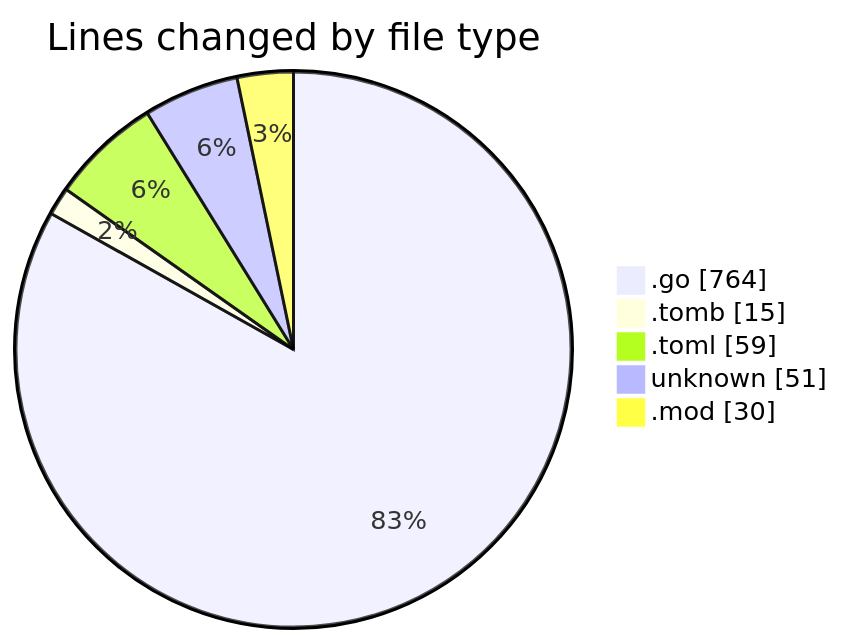
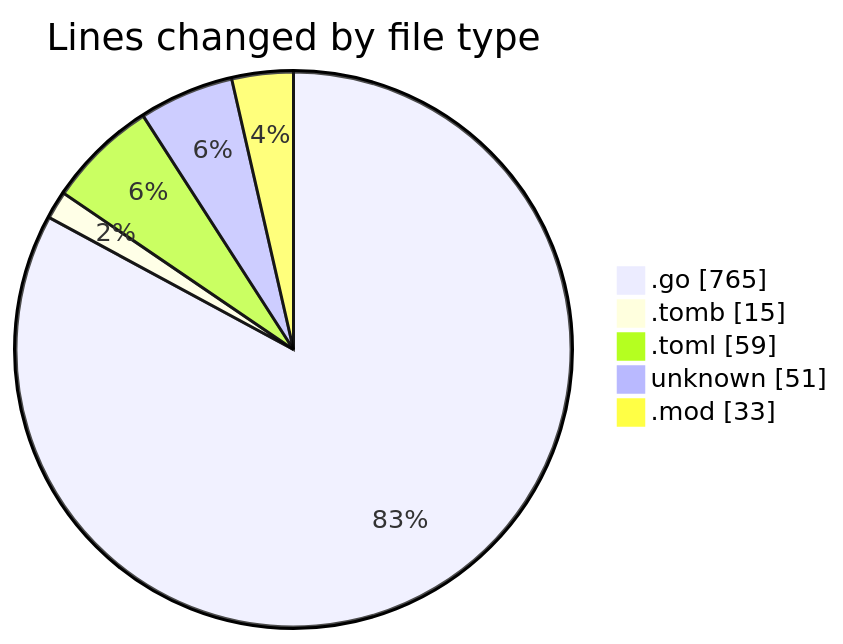
One commit to Ritupan-Deka/code-tracking changed the first of 2 diagrams in 2025-10-31/backend/README.md. Above: the diagram before and after it, drawn with Mermaid. The commit also changed other lines of this file and 1 other file, not shown here.

````diff
--- a/2025-10-31/backend/README.md
+++ b/2025-10-31/backend/README.md
@@ -29,9 +29,9 @@
 ```mermaid
 pie showData
 title Lines changed by file type
-".go" : 764
+".go" : 765
 ".tomb" : 15
 ".toml" : 59
 "unknown" : 51
-".mod" : 30
+".mod" : 33
 ```
````
